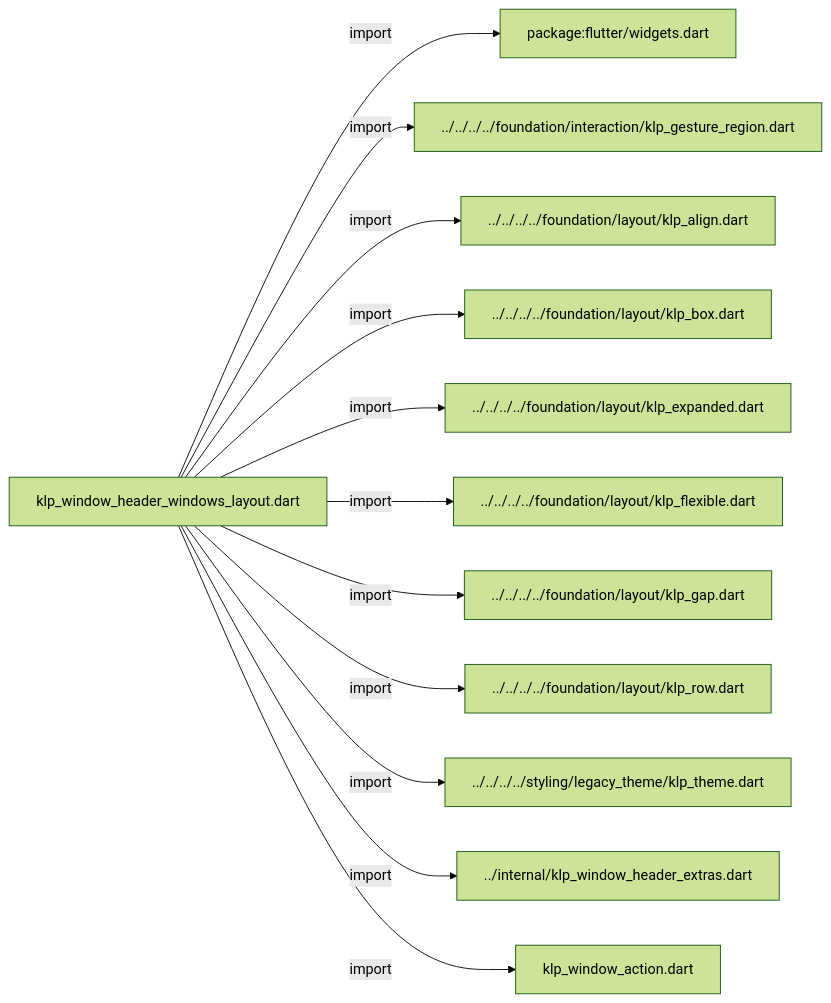
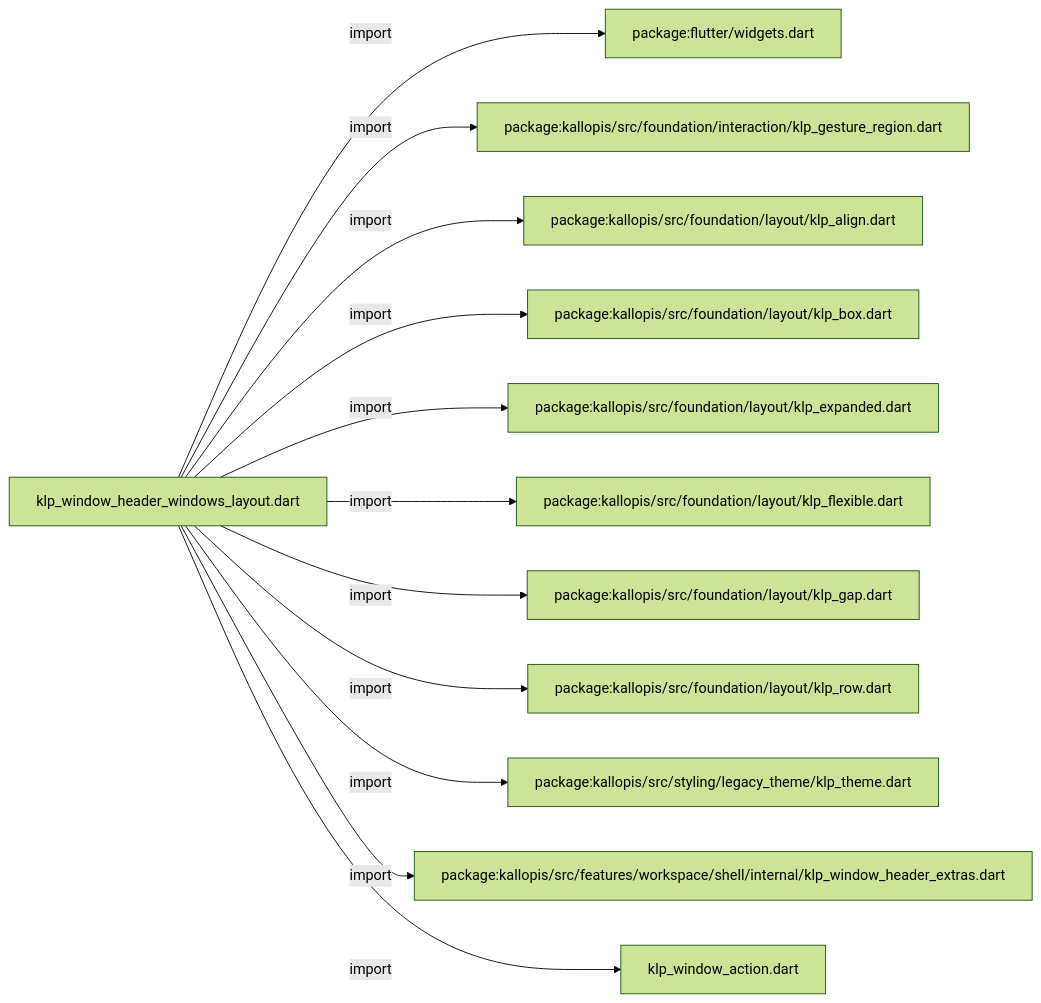
Before and after one commit to MiuDog/Kallopis: the first of 4 diagrams in docs/architecture/src/features/workspace/shell/window/klp_window_header_windows_layout.md, drawn with Mermaid (forest theme). The commit also changed other lines of this file and 9688 other files, not shown here.

Commit message:
Prepare isolated Flow F2 peer baseline

````diff
--- a/docs/architecture/src/features/workspace/shell/window/klp_window_header_windows_layout.md
+++ b/docs/architecture/src/features/workspace/shell/window/klp_window_header_windows_layout.md
@@ -11,26 +11,26 @@
 ```mermaid
 flowchart LR
 	n0["klp_window_header_windows_layout.dart"]
 	n1["package:flutter/widgets.dart"]
-	n2["../../../../foundation/interaction/klp_gesture_region.dart"]
-	n3["../../../../foundation/layout/klp_align.dart"]
-	n4["../../../../foundation/layout/klp_box.dart"]
-	n5["../../../../foundation/layout/klp_expanded.dart"]
-	n6["../../../../foundation/layout/klp_flexible.dart"]
-	n7["../../../../foundation/layout/klp_gap.dart"]
-	n8["../../../../foundation/layout/klp_row.dart"]
-	n9["../../../../styling/legacy_theme/klp_theme.dart"]
-	n10["../internal/klp_window_header_extras.dart"]
+	n2["package:kallopis/src/foundation/interaction/klp_gesture_region.dart"]
+	n3["package:kallopis/src/foundation/layout/klp_align.dart"]
+	n4["package:kallopis/src/foundation/layout/klp_box.dart"]
+	n5["package:kallopis/src/foundation/layout/klp_expanded.dart"]
+	n6["package:kallopis/src/foundation/layout/klp_flexible.dart"]
+	n7["package:kallopis/src/foundation/layout/klp_gap.dart"]
+	n8["package:kallopis/src/foundation/layout/klp_row.dart"]
+	n9["package:kallopis/src/styling/legacy_theme/klp_theme.dart"]
+	n10["package:kallopis/src/features/workspace/shell/internal/klp_window_header_extras.dart"]
 	n11["klp_window_action.dart"]
 	n0 -->|"import"| n1
 	n0 -->|"import"| n2
 	n0 -->|"import"| n3
 	n0 -->|"import"| n4
 	n0 -->|"import"| n5
 	n0 -->|"import"| n6
 	n0 -->|"import"| n7
 	n0 -->|"import"| n8
 	n0 -->|"import"| n9
 	n0 -->|"import"| n10
 	n0 -->|"import"| n11
 ```
````
